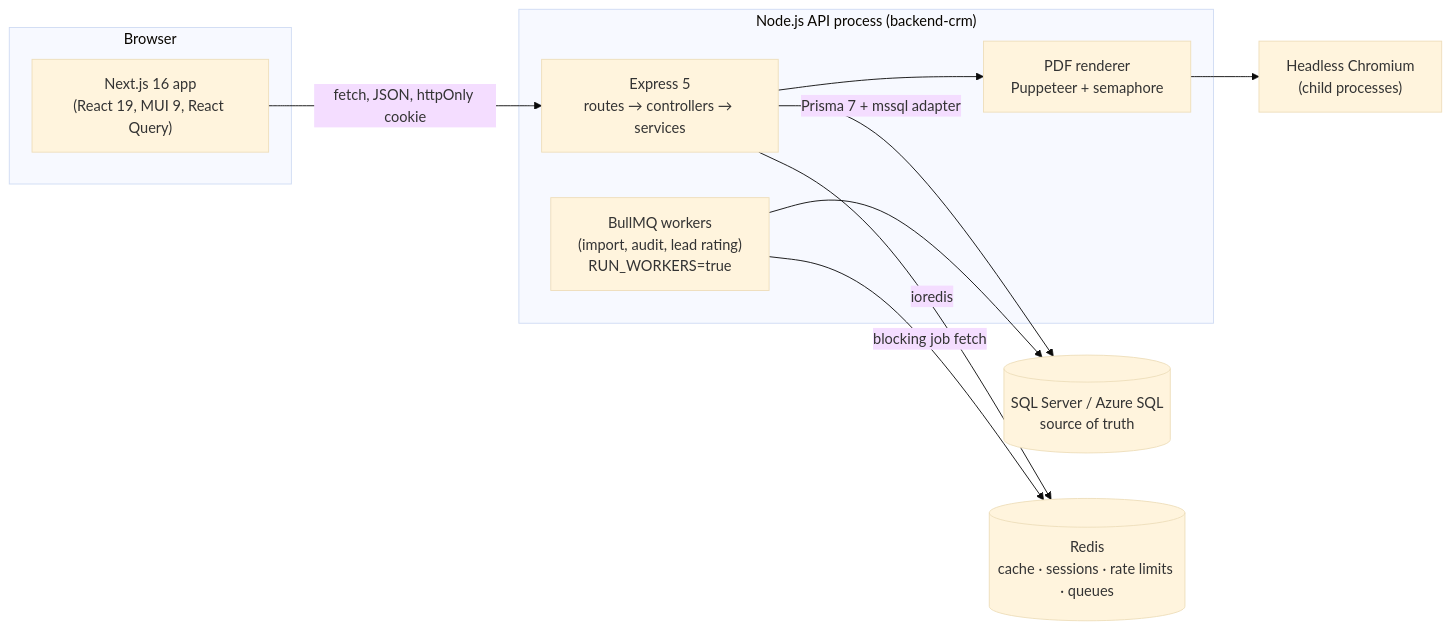
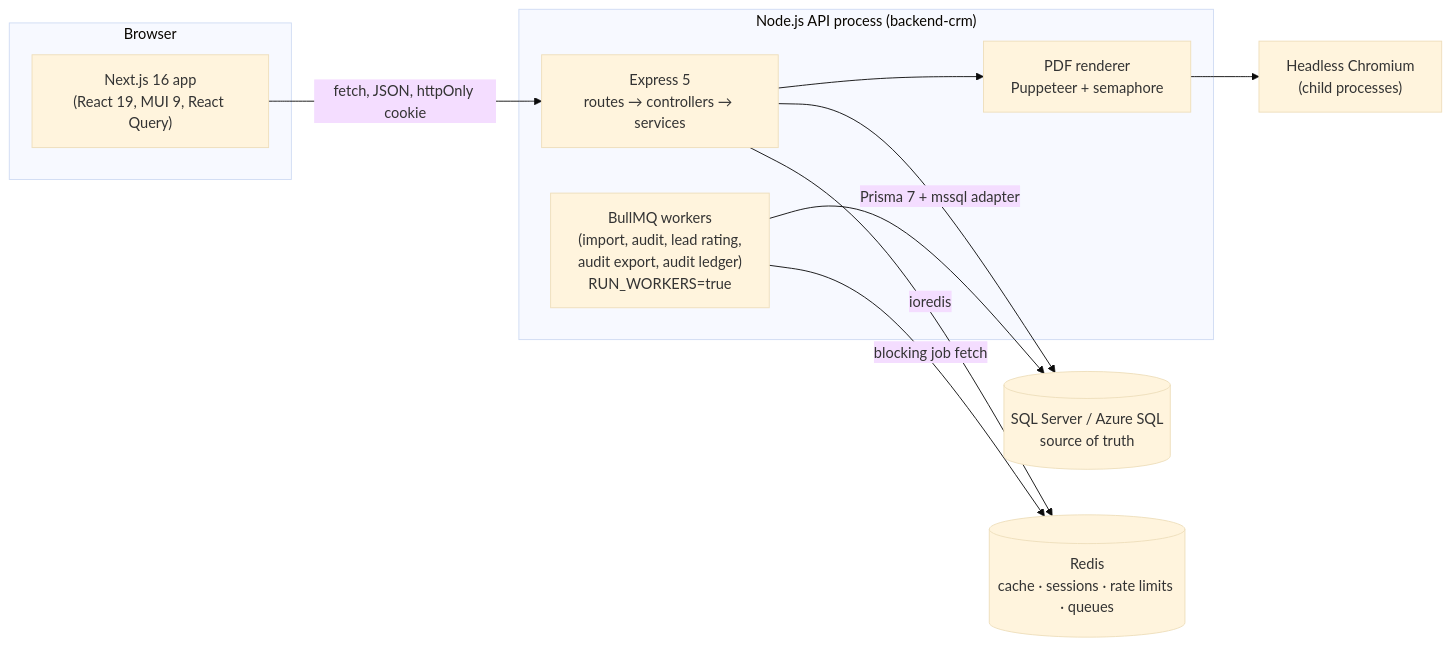
One commit to shivansh14503/nandini-crm changed the first of 5 diagrams in docs/system-design.md. Above: the diagram before and after it, drawn with Mermaid (base theme). The commit also changed other lines of this file and 48 other files, not shown here.

First line of the commit message:
feat(audit): undo, restore, export and integrity checks (Phase 11 D)

````diff
--- a/docs/system-design.md
+++ b/docs/system-design.md
@@ -18,23 +18,23 @@
 ```mermaid
 flowchart LR
     subgraph Browser
         UI["Next.js 16 app<br/>(React 19, MUI 9, React Query)"]
     end
 
     subgraph Node["Node.js API process (backend-crm)"]
         EX["Express 5<br/>routes → controllers → services"]
-        WK["BullMQ workers<br/>(import, audit, lead rating)<br/>RUN_WORKERS=true"]
+        WK["BullMQ workers<br/>(import, audit, lead rating,<br/>audit export, audit ledger)<br/>RUN_WORKERS=true"]
         PDF["PDF renderer<br/>Puppeteer + semaphore"]
     end
 
     CH["Headless Chromium<br/>(child processes)"]
     SQL[("SQL Server / Azure SQL<br/>source of truth")]
     RD[("Redis<br/>cache · sessions · rate limits · queues")]
 
     UI -- "fetch, JSON, httpOnly cookie" --> EX
     EX -- "Prisma 7 + mssql adapter" --> SQL
     EX -- "ioredis" --> RD
     WK -- "blocking job fetch" --> RD
     WK --> SQL
     EX --> PDF --> CH
 ```
````
